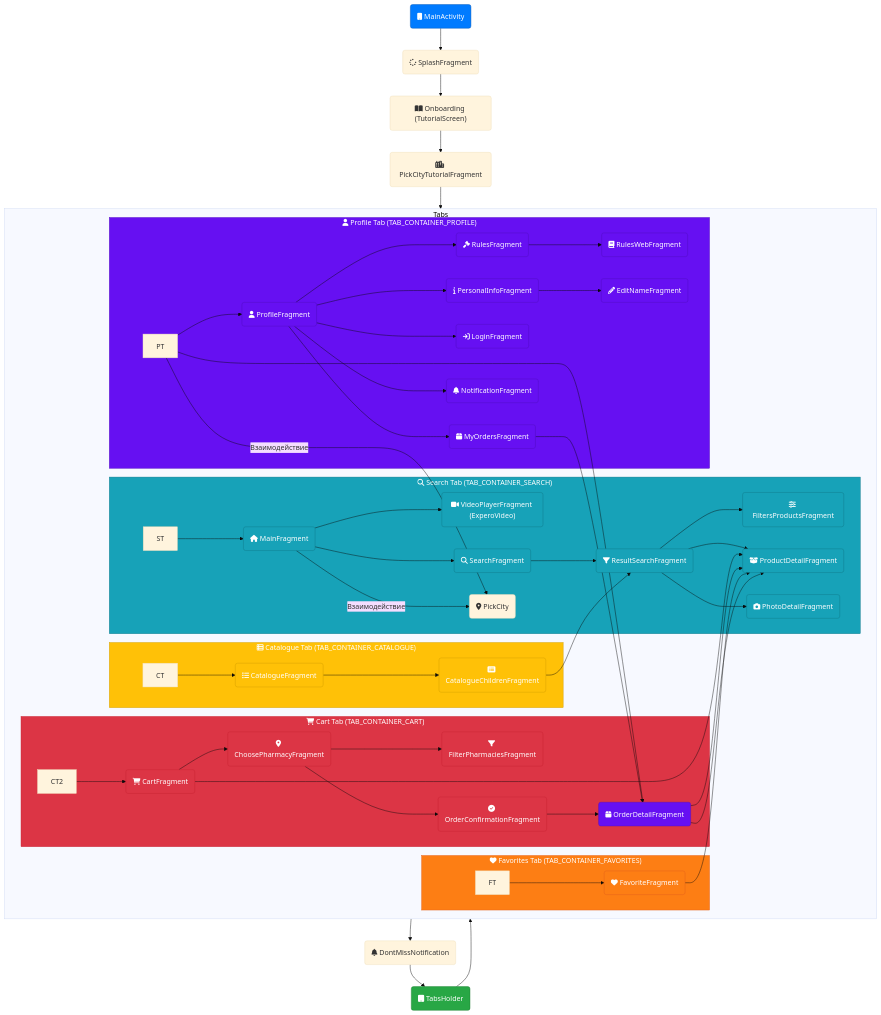
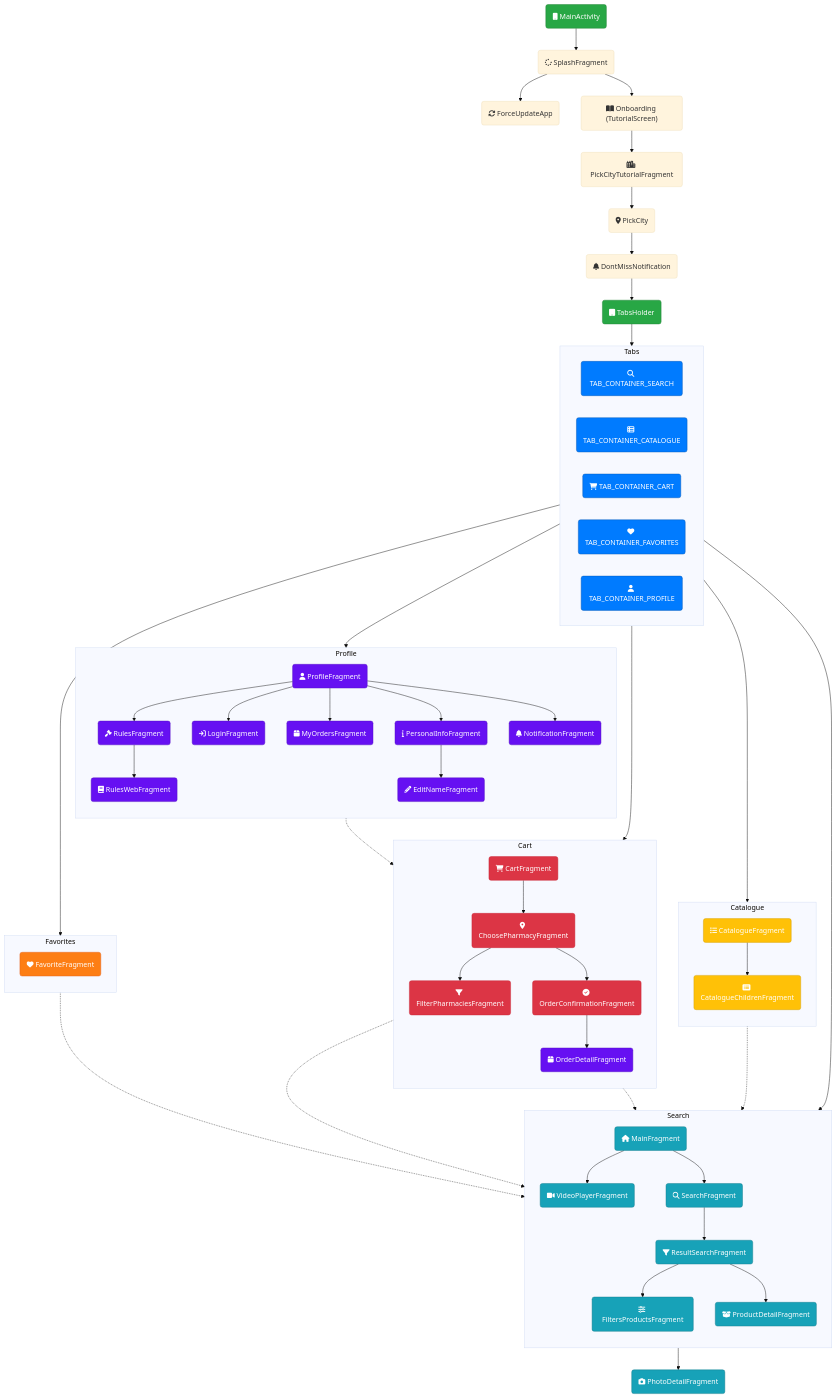
Before and after one commit to romankulykov/naukoteka: the diagram in README.md, drawn with Mermaid (base theme).

````diff
--- a/README.md
+++ b/README.md
@@ -1,42 +1,8 @@
 ```mermaid
 flowchart TD
-    subgraph Tabs["Tabs"]
-        direction LR
-        subgraph ST_Container["fa:fa-search Search Tab (TAB_CONTAINER_SEARCH)"]
-            ST --> MF("fa:fa-home MainFragment")
-            MF --> VPF("fa:fa-video VideoPlayerFragment (ExperoVideo)") & SF2("fa:fa-search SearchFragment")
-            SF2 --> RSF("fa:fa-filter ResultSearchFragment")
-            RSF --> FP("fa:fa-sliders FiltersProductsFragment") & PD("fa:fa-box-open ProductDetailFragment") & PHT("fa:fa-camera PhotoDetailFragment")
-            MF -->|Взаимодействие| PC
-        end
-        subgraph CT_Container["fa:fa-th-list Catalogue Tab (TAB_CONTAINER_CATALOGUE)"]
-            CT --> CF("fa:fa-list CatalogueFragment")
-            CF --> CCF("fa:fa-list-alt CatalogueChildrenFragment")
-            CCF --> RSF
-        end
-        subgraph CT2_Container["fa:fa-shopping-cart Cart Tab (TAB_CONTAINER_CART)"]
-            CT2 --> CF2("fa:fa-shopping-cart CartFragment")
-            CF2 --> PD & CPF("fa:fa-map-marker-alt ChoosePharmacyFragment")
-            CPF --> FPF("fa:fa-filter FilterPharmaciesFragment") & OCF("fa:fa-check-circle OrderConfirmationFragment")
-            OCF --> ODF("fa:fa-box OrderDetailFragment")
-            ODF --> PD
-        end
-        subgraph FT_Container["fa:fa-heart Favorites Tab (TAB_CONTAINER_FAVORITES)"]
-            FT --> FF("fa:fa-heart FavoriteFragment")
-            FF --> PD
-        end
-        subgraph PT_Container["fa:fa-user Profile Tab (TAB_CONTAINER_PROFILE)"]
-            PT --> PF("fa:fa-user ProfileFragment") & ODF("fa:fa-box OrderDetailFragment")
-            PT -->|Взаимодействие| PC
-            ODF --> PD
-            MOF("fa:fa-box MyOrdersFragment") --> ODF
-            PF --> RF("fa:fa-gavel RulesFragment") & LF("fa:fa-sign-in LoginFragment") & MOF & PIF("fa:fa-info PersonalInfoFragment") & NF("fa:fa-bell NotificationFragment")
-            RF --> RWF("fa:fa-book RulesWebFragment")
-            PIF --> ENF("fa:fa-pencil-alt EditNameFragment")
-        end
-    end
-
+    %% Основная структура
     MA("fa:fa-mobile MainActivity") --> SF("fa:fa-spinner SplashFragment")
+    SF --> UP("fa:fa-refresh ForceUpdateApp")
     SF --> ONB("fa:fa-book-open Onboarding (TutorialScreen)")
     ONB --> PCT("fa:fa-city PickCityTutorialFragment")
     PCT --> PC("fa:fa-map-marker-alt PickCity")
@@ -44,34 +10,83 @@
     DMN --> TH("fa:fa-tablet TabsHolder")
     TH --> Tabs
 
-    style ST_Container color:#FFFFFF, fill:#17A2B8, stroke:#117A8B
-    style CT_Container color:#FFFFFF, fill:#FFC107, stroke:#D39E00
-    style CT2_Container color:#FFFFFF, fill:#DC3545, stroke:#C82333
-    style FT_Container color:#FFFFFF, fill:#FD7E14, stroke:#E4601D
-    style PT_Container color:#FFFFFF, fill:#6610F2, stroke:#520DC2
-    style MA color:#FFFFFF, fill:#007BFF, stroke:#0056b3
-    style TH color:#FFFFFF, fill:#28A745, stroke:#1E7E34
-    style MF color:#FFFFFF, fill:#17A2B8, stroke:#117A8B
-    style VPF color:#FFFFFF, fill:#17A2B8, stroke:#117A8B
-    style SF2 color:#FFFFFF, fill:#17A2B8, stroke:#117A8B
-    style RSF color:#FFFFFF, fill:#17A2B8, stroke:#117A8B
-    style FP color:#FFFFFF, fill:#17A2B8, stroke:#117A8B
-    style PD color:#FFFFFF, fill:#17A2B8, stroke:#117A8B
-    style PHT color:#FFFFFF, fill:#17A2B8, stroke:#117A8B
-    style CF color:#FFFFFF, fill:#FFC107, stroke:#D39E00
-    style CCF color:#FFFFFF, fill:#FFC107, stroke:#D39E00
-    style CF2 color:#FFFFFF, fill:#DC3545, stroke:#C82333
-    style CPF color:#FFFFFF, fill:#DC3545, stroke:#C82333
-    style FPF color:#FFFFFF, fill:#DC3545, stroke:#C82333
-    style OCF color:#FFFFFF, fill:#DC3545, stroke:#C82333
-    style ODF color:#FFFFFF, fill:#6610F2, stroke:#520DC2
-    style FF color:#FFFFFF, fill:#FD7E14, stroke:#E4601D
-    style PF color:#FFFFFF, fill:#6610F2, stroke:#520DC2
-    style MOF color:#FFFFFF, fill:#6610F2, stroke:#520DC2
-    style RF color:#FFFFFF, fill:#6610F2, stroke:#520DC2
-    style LF color:#FFFFFF, fill:#6610F2, stroke:#520DC2
-    style PIF color:#FFFFFF, fill:#6610F2, stroke:#520DC2
-    style NF color:#FFFFFF, fill:#6610F2, stroke:#520DC2
-    style RWF color:#FFFFFF, fill:#6610F2, stroke:#520DC2
-    style ENF color:#FFFFFF, fill:#6610F2, stroke:#520DC2
+    subgraph Tabs
+        direction LR
+        ST("fa:fa-search TAB_CONTAINER_SEARCH")
+        CT("fa:fa-th-list TAB_CONTAINER_CATALOGUE")
+        CT2("fa:fa-shopping-cart TAB_CONTAINER_CART")
+        FT("fa:fa-heart TAB_CONTAINER_FAVORITES")
+        PT("fa:fa-user TAB_CONTAINER_PROFILE")
+    end
+
+    %% Поиск
+    subgraph Search
+        direction TB
+        ST --> MF("fa:fa-home MainFragment")
+        MF --> VPF("fa:fa-video VideoPlayerFragment")
+        MF --> SF2("fa:fa-search SearchFragment")
+        SF2 --> RSF("fa:fa-filter ResultSearchFragment")
+        RSF --> FP("fa:fa-sliders FiltersProductsFragment")
+        RSF --> PD("fa:fa-box-open ProductDetailFragment")
+    end
+
+    %% Каталог
+    subgraph Catalogue
+        direction TB
+        CT --> CF("fa:fa-list CatalogueFragment")
+        CF --> CCF("fa:fa-list-alt CatalogueChildrenFragment")
+        CCF -.-> RSF
+    end
+
+    %% Корзина
+    subgraph Cart
+        direction TB
+        CT2 --> CF2("fa:fa-shopping-cart CartFragment")
+        CF2 -.-> PD
+        CF2 --> CPF("fa:fa-map-marker-alt ChoosePharmacyFragment")
+        CPF --> FPF("fa:fa-filter FilterPharmaciesFragment")
+        CPF --> OCF("fa:fa-check-circle OrderConfirmationFragment")
+        OCF --> ODF("fa:fa-box OrderDetailFragment")
+        ODF -.-> PD
+    end
+
+    %% Избранное
+    subgraph Favorites
+        direction TB
+        FT --> FF("fa:fa-heart FavoriteFragment")
+        FF -.-> PD
+    end
+
+    %% Профиль
+    subgraph Profile
+        direction TB
+        PT --> PF("fa:fa-user ProfileFragment")
+        PF --> RF("fa:fa-gavel RulesFragment")
+        PF --> LF("fa:fa-sign-in LoginFragment")
+        PF --> MOF("fa:fa-box MyOrdersFragment")
+        PF --> PIF("fa:fa-info PersonalInfoFragment")
+        PF --> NF("fa:fa-bell NotificationFragment")
+        RF --> RWF("fa:fa-book RulesWebFragment")
+        PIF --> ENF("fa:fa-pencil-alt EditNameFragment")
+        MOF -.-> ODF
+    end
+
+    PD --> PHT("fa:fa-camera PhotoDetailFragment")
+
+    %% Стили
+    classDef tabStyle color:#FFFFFF,fill:#007BFF,stroke:#0056b3
+    classDef mainStyle color:#FFFFFF,fill:#28A745,stroke:#1E7E34
+    classDef searchStyle color:#FFFFFF,fill:#17A2B8,stroke:#117A8B
+    classDef catalogueStyle color:#FFFFFF,fill:#FFC107,stroke:#D39E00
+    classDef cartStyle color:#FFFFFF,fill:#DC3545,stroke:#C82333
+    classDef favoritesStyle color:#FFFFFF,fill:#FD7E14,stroke:#E4601D
+    classDef profileStyle color:#FFFFFF,fill:#6610F2,stroke:#520DC2
+
+    class ST,CT,CT2,FT,PT tabStyle
+    class MA,TH mainStyle
+    class MF,VPF,SF2,RSF,FP,PD,PHT searchStyle
+    class CF,CCF catalogueStyle
+    class CF2,CPF,FPF,OCF cartStyle
+    class FF favoritesStyle
+    class PF,MOF,RF,LF,PIF,NF,RWF,ENF,ODF profileStyle
 ```
````
